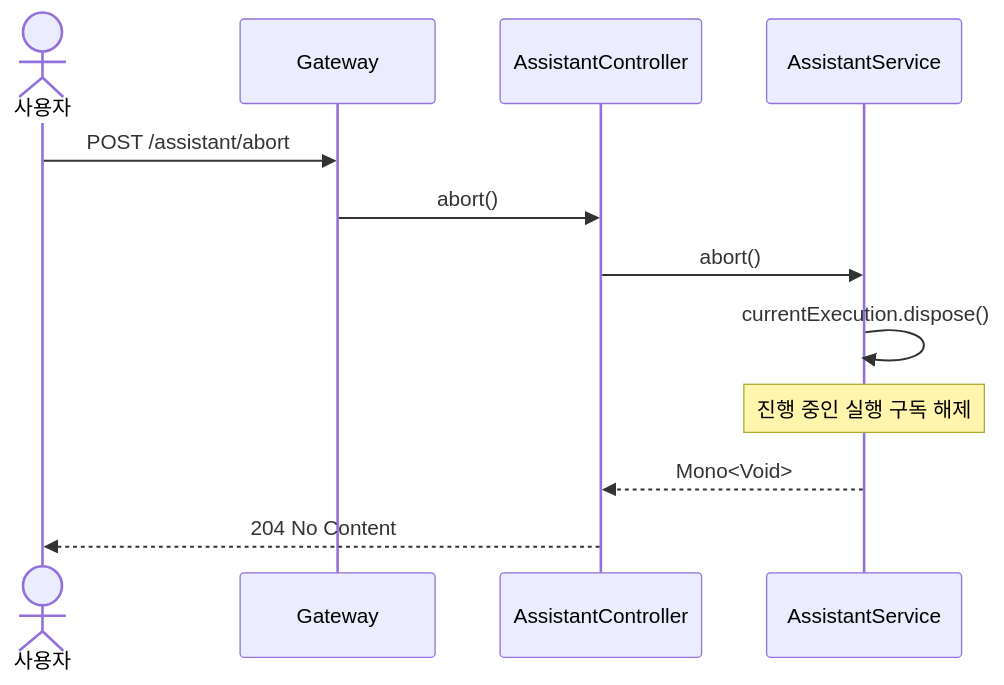
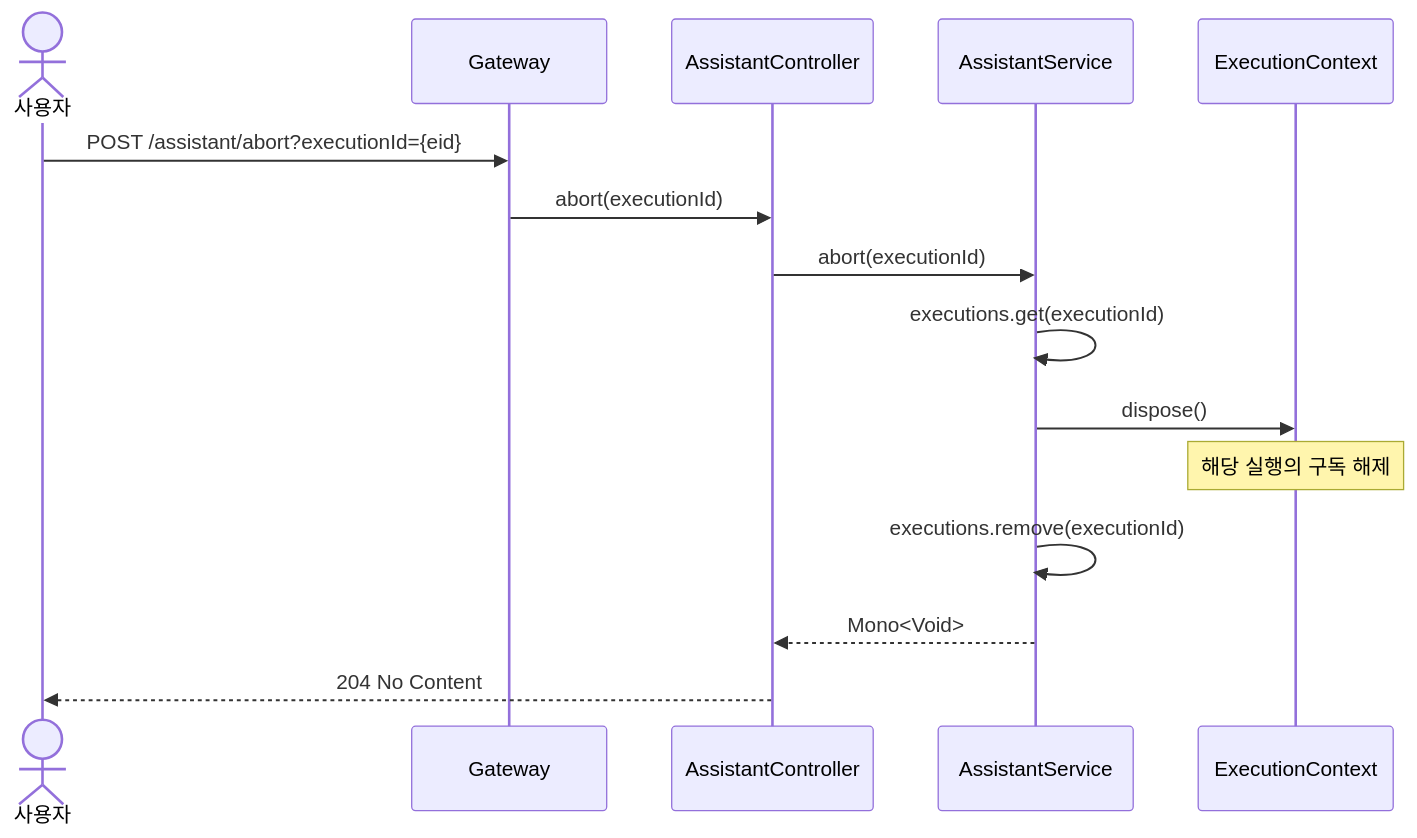
Before and after one commit to sayaya1090/handbook: the fourth of 13 diagrams in assistant/USECASE.md, drawn with Mermaid. The commit also changed other lines of this file and 311 other files, not shown here.

````diff
--- a/assistant/USECASE.md
+++ b/assistant/USECASE.md
@@ -108,15 +126,18 @@
 ```mermaid
 sequenceDiagram
     actor User as 사용자
     participant GW as Gateway
     participant Ctrl as AssistantController
     participant Svc as AssistantService
+    participant Ctx as ExecutionContext
 
-    User->>GW: POST /assistant/abort
-    GW->>Ctrl: abort()
-    Ctrl->>Svc: abort()
-    Svc->>Svc: currentExecution.dispose()
-    Note over Svc: 진행 중인 실행 구독 해제
+    User->>GW: POST /assistant/abort?executionId={eid}
+    GW->>Ctrl: abort(executionId)
+    Ctrl->>Svc: abort(executionId)
+    Svc->>Svc: executions.get(executionId)
+    Svc->>Ctx: dispose()
+    Note over Ctx: 해당 실행의 구독 해제
+    Svc->>Svc: executions.remove(executionId)
     Svc-->>Ctrl: Mono<Void>
     Ctrl-->>User: 204 No Content
 ```
````
